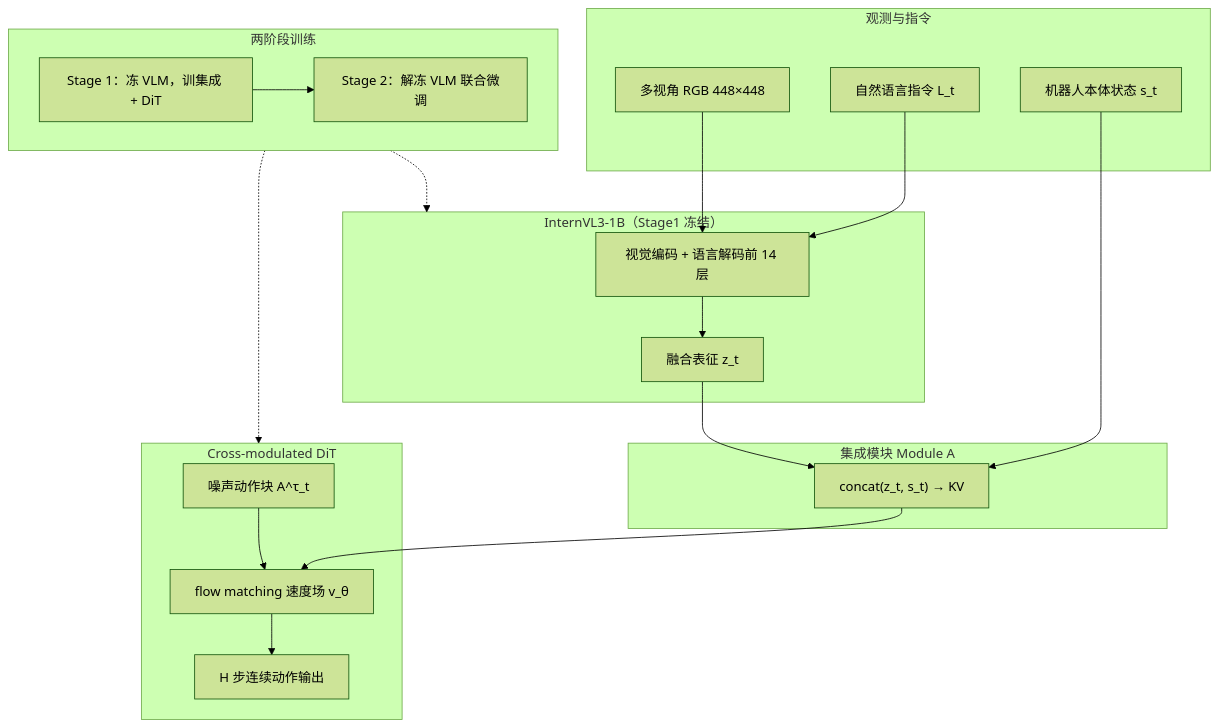
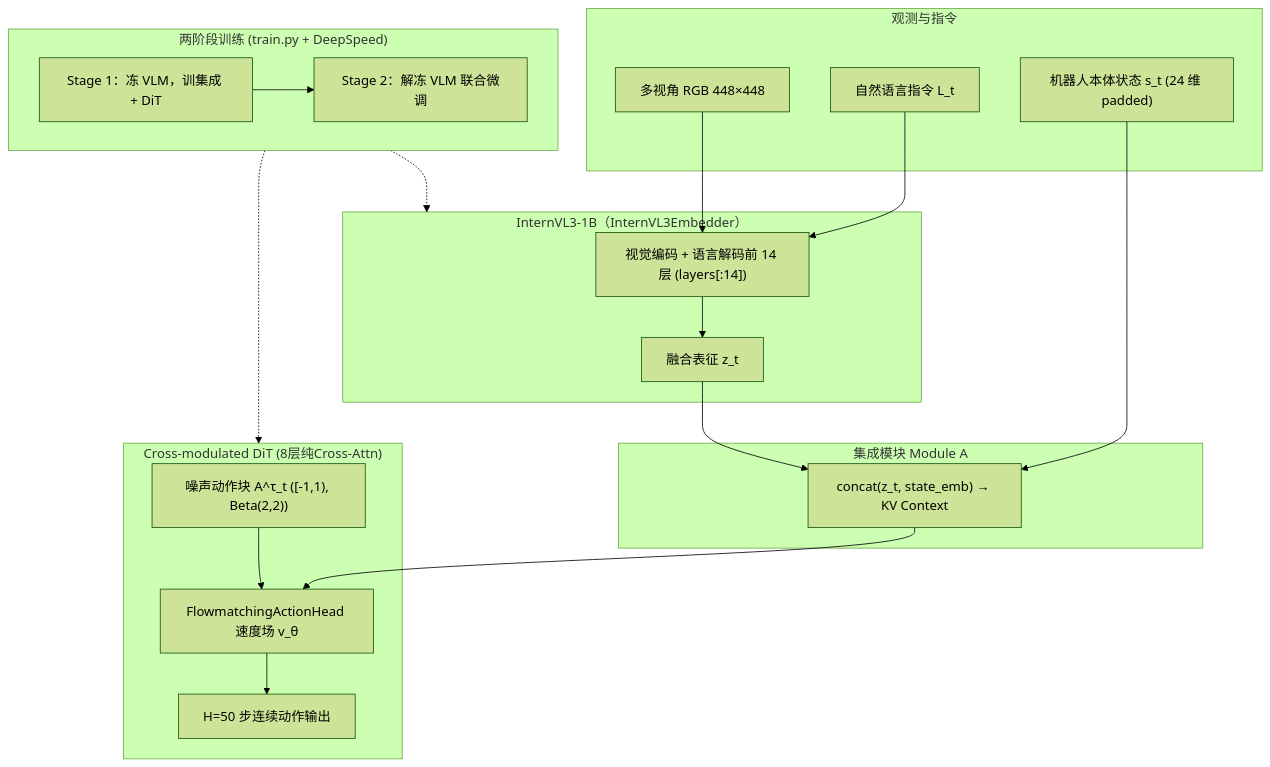
Before and after one commit to ImChong/Robotics_Notebooks: the first of 2 diagrams in wiki/entities/paper-evo1-lightweight-vla.md, drawn with Mermaid (forest theme). The commit also changed other lines of this file and 192 other files, not shown here.

Commit message:
[2026-11-14] ingest | roadmap/depth-vla.md — 补齐 VLA 纵深路线全部节点原文证据与满分健康度

````diff
--- a/wiki/entities/paper-evo1-lightweight-vla.md
+++ b/wiki/entities/paper-evo1-lightweight-vla.md
@@ -65,33 +68,33 @@
 ```mermaid
 flowchart TB
-  subgraph inputs [观测与指令]
+  subgraph inputs ["观测与指令"]
     img["多视角 RGB 448×448"]
     lang["自然语言指令 L_t"]
-    prop["机器人本体状态 s_t"]
+    prop["机器人本体状态 s_t (24 维 padded)"]
   end
-  subgraph vlm ["InternVL3-1B（Stage1 冻结）"]
-    enc["视觉编码 + 语言解码前 14 层"]
+  subgraph vlm ["InternVL3-1B（InternVL3Embedder）"]
+    enc["视觉编码 + 语言解码前 14 层 (layers[:14])"]
     zt["融合表征 z_t"]
     img --> enc
     lang --> enc --> zt
   end
-  subgraph integrate [集成模块 Module A]
-    cat["concat(z_t, s_t) → KV"]
+  subgraph integrate ["集成模块 Module A"]
+    cat["concat(z_t, state_emb) → KV Context"]
     zt --> cat
     prop --> cat
   end
-  subgraph act [Cross-modulated DiT]
-    noise["噪声动作块 A^τ_t"]
-    fm["flow matching 速度场 v_θ"]
-    chunk["H 步连续动作输出"]
+  subgraph act ["Cross-modulated DiT (8层纯Cross-Attn)"]
+    noise["噪声动作块 A^τ_t ([-1,1), Beta(2,2))"]
+    fm["FlowmatchingActionHead 速度场 v_θ"]
+    chunk["H=50 步连续动作输出"]
     cat --> fm
     noise --> fm --> chunk
   end
-  subgraph train [两阶段训练]
+  subgraph train ["两阶段训练 (train.py + DeepSpeed)"]
     s1["Stage 1：冻 VLM，训集成 + DiT"]
     s2["Stage 2：解冻 VLM 联合微调"]
     s1 --> s2
   end
   train -.-> vlm
   train -.-> act
 ```
````
